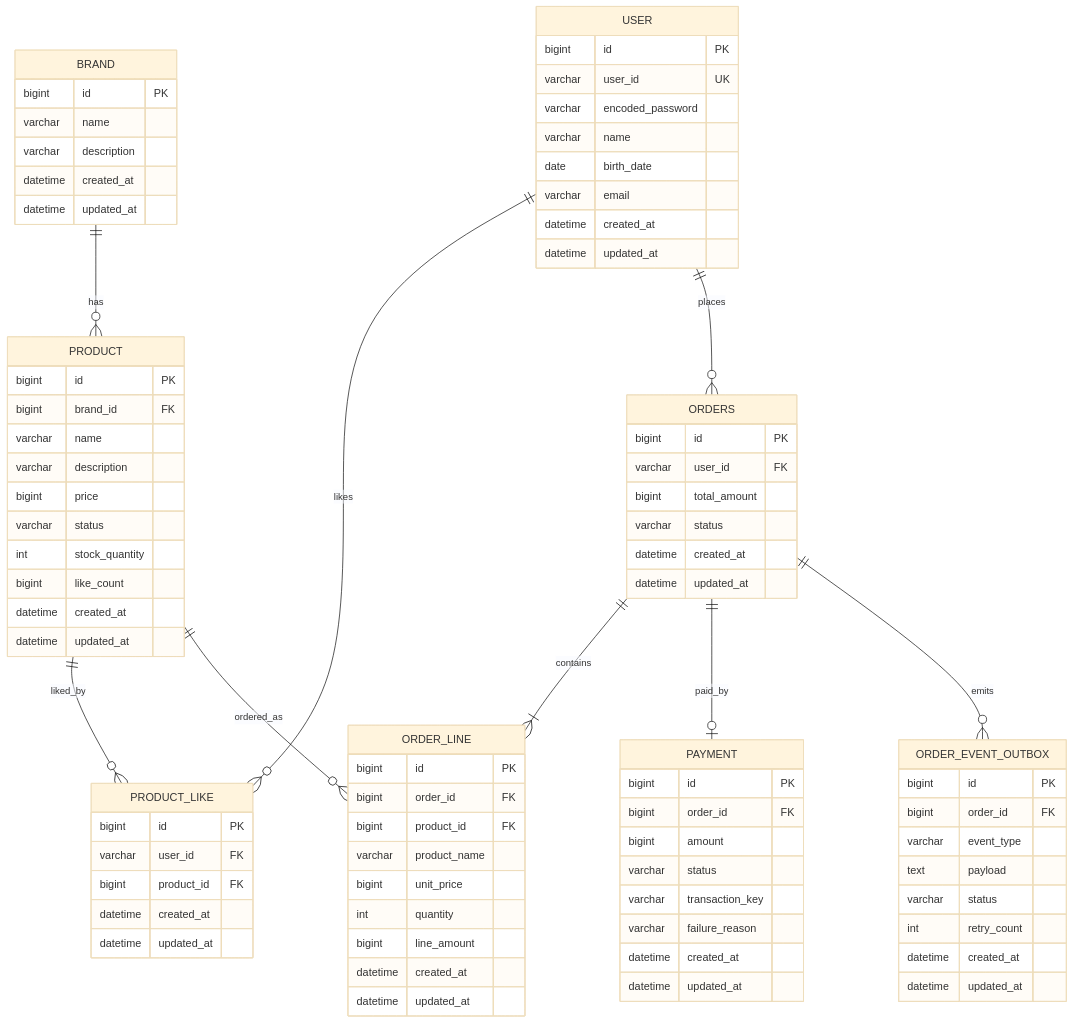
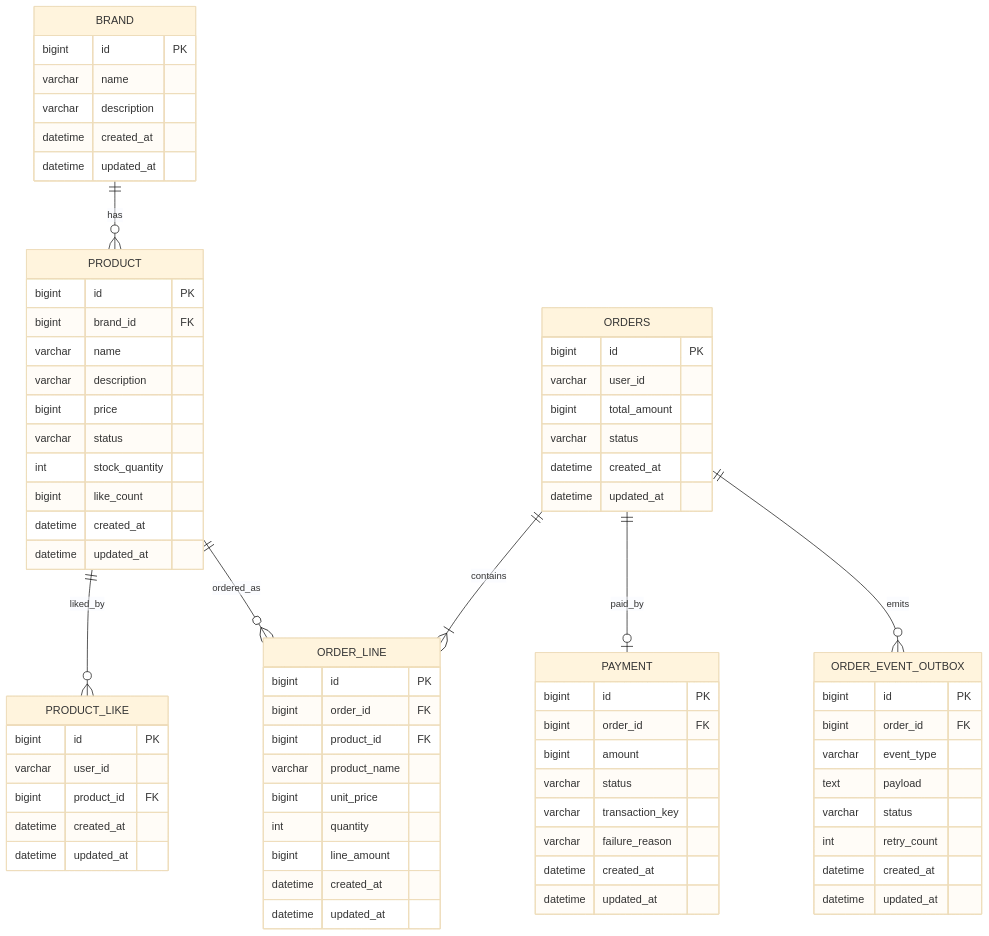
Before and after one commit to loopers-labs/loop-pack-be-l2-vol4-java: the diagram in .docs/design/04-erd.md, drawn with Mermaid (base theme). The commit also changed other lines of this file and 3 other files, not shown here.

```diff
--- a/.docs/design/04-erd.md
+++ b/.docs/design/04-erd.md
@@ -16,8 +16,6 @@
 erDiagram
     BRAND ||--o{ PRODUCT : has
     PRODUCT ||--o{ PRODUCT_LIKE : liked_by
-    USER ||--o{ PRODUCT_LIKE : likes
-    USER ||--o{ ORDERS : places
     ORDERS ||--|{ ORDER_LINE : contains
     PRODUCT ||--o{ ORDER_LINE : ordered_as
     ORDERS ||--o| PAYMENT : paid_by
@@ -46,26 +44,15 @@
 
     PRODUCT_LIKE {
         bigint id PK
-        varchar user_id FK
+        varchar user_id
         bigint product_id FK
-        datetime created_at
-        datetime updated_at
-    }
-
-    USER {
-        bigint id PK
-        varchar user_id UK
-        varchar encoded_password
-        varchar name
-        date birth_date
-        varchar email
         datetime created_at
         datetime updated_at
     }
 
     ORDERS {
         bigint id PK
-        varchar user_id FK
+        varchar user_id
         bigint total_amount
         varchar status
         datetime created_at
```
